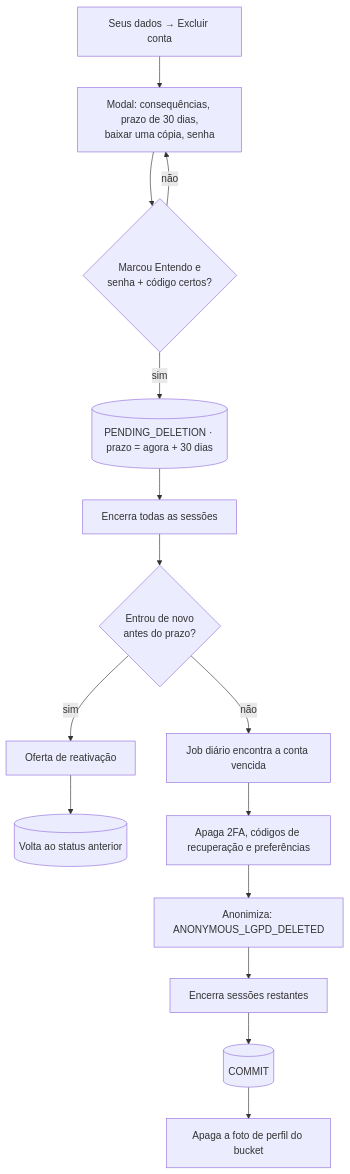
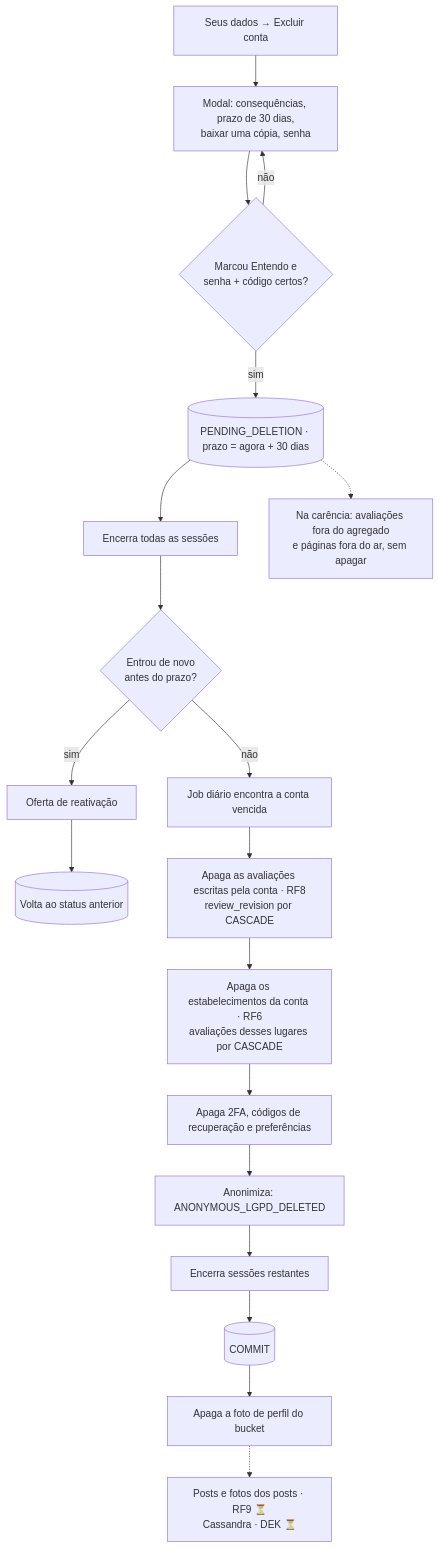
The diagram in docs/RF5/atividades.md (MatheusHaliski/Friendly-Eats), drawn with Mermaid before and after one commit. The commit also changed 79 other files, not shown here.

````diff
--- a/docs/RF5/atividades.md
+++ b/docs/RF5/atividades.md
@@ -3,16 +3,20 @@
 ```mermaid
 flowchart TD
     A[Seus dados → Excluir conta] --> M[Modal: consequências, prazo de 30 dias,<br/>baixar uma cópia, senha]
     M --> C{Marcou Entendo e<br/>senha + código certos?}
     C -- não --> M
     C -- sim --> P[(PENDING_DELETION · prazo = agora + 30 dias)]
     P --> S[Encerra todas as sessões]
     S --> W{Entrou de novo<br/>antes do prazo?}
     W -- sim --> R[Oferta de reativação] --> RA[(Volta ao status anterior)]
     W -- não --> J[Job diário encontra a conta vencida]
-    J --> E1[Apaga 2FA, códigos de recuperação e preferências]
+    J --> E0[Apaga as avaliações escritas pela conta · RF8<br/>review_revision por CASCADE]
+    E0 --> EE[Apaga os estabelecimentos da conta · RF6<br/>avaliações desses lugares por CASCADE]
+    EE --> E1[Apaga 2FA, códigos de recuperação e preferências]
     E1 --> E2[Anonimiza: ANONYMOUS_LGPD_DELETED]
     E2 --> E3[Encerra sessões restantes]
     E3 --> CM[(COMMIT)]
     CM --> E4[Apaga a foto de perfil do bucket]
+    E4 -.-> E5[Posts e fotos dos posts · RF9 ⏳<br/>Cassandra · DEK ⏳]
+    P -.-> H[Na carência: avaliações fora do agregado<br/>e páginas fora do ar, sem apagar]
 ```
````
